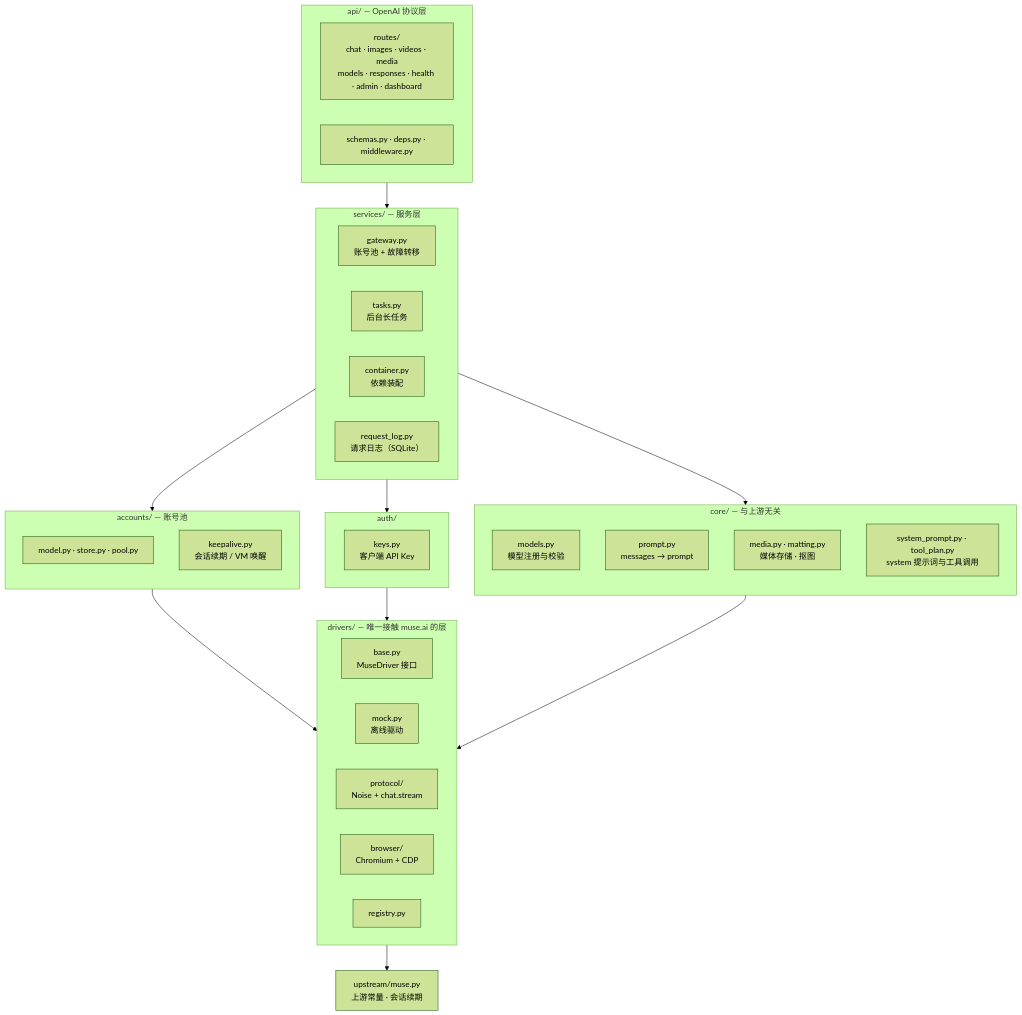
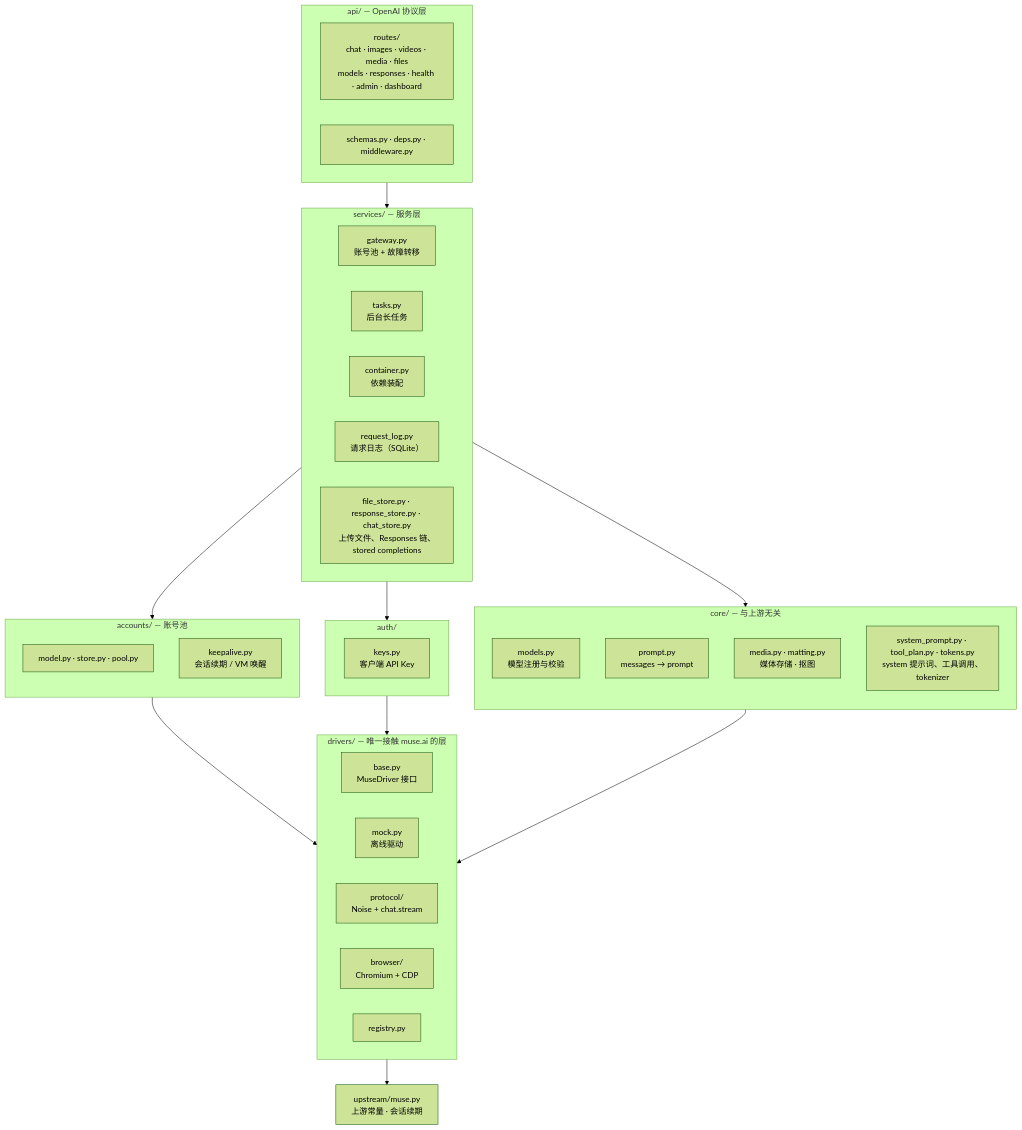
The diagram in docs/ARCHITECTURE.md (yonglanws/muse2api), drawn with Mermaid (forest theme) before and after one commit. The commit also changed 40 other files, not shown here.

First line of the commit message:
feat: 0.12.0 — stored completions, Sora videos, tokenizer usage

````diff
--- a/docs/ARCHITECTURE.md
+++ b/docs/ARCHITECTURE.md
@@ -5,50 +5,51 @@
 ```mermaid
 flowchart TB
     subgraph api["api/ — OpenAI 协议层"]
         direction LR
-        api_routes["routes/<br/>chat · images · videos · media<br/>models · responses · health · admin · dashboard"]
+        api_routes["routes/<br/>chat · images · videos · media · files<br/>models · responses · health · admin · dashboard"]
         api_support["schemas.py · deps.py · middleware.py"]
     end
 
     subgraph services["services/ — 服务层"]
         direction LR
         svc_gateway["gateway.py<br/>账号池 + 故障转移"]
         svc_tasks["tasks.py<br/>后台长任务"]
         svc_container["container.py<br/>依赖装配"]
         svc_reqlog["request_log.py<br/>请求日志（SQLite）"]
+        svc_files["file_store.py · response_store.py · chat_store.py<br/>上传文件、Responses 链、stored completions"]
     end
 
     subgraph accounts["accounts/ — 账号池"]
         direction TB
         acc_pool["model.py · store.py · pool.py"]
         acc_keepalive["keepalive.py<br/>会话续期 / VM 唤醒"]
     end
 
     subgraph auth["auth/"]
         auth_keys["keys.py<br/>客户端 API Key"]
     end
 
     subgraph core["core/ — 与上游无关"]
         direction TB
         core_models["models.py<br/>模型注册与校验"]
         core_prompt["prompt.py<br/>messages → prompt"]
         core_media["media.py · matting.py<br/>媒体存储 · 抠图"]
-        core_compat["system_prompt.py · tool_plan.py<br/>system 提示词与工具调用"]
+        core_compat["system_prompt.py · tool_plan.py · tokens.py<br/>system 提示词、工具调用、tokenizer"]
     end
 
     subgraph drivers["drivers/ — 唯一接触 muse.ai 的层"]
         direction LR
         drv_base["base.py<br/>MuseDriver 接口"]
         drv_mock["mock.py<br/>离线驱动"]
         drv_protocol["protocol/<br/>Noise + chat.stream"]
         drv_browser["browser/<br/>Chromium + CDP"]
         drv_registry["registry.py"]
     end
 
     upstream["upstream/muse.py<br/>上游常量 · 会话续期"]
 
     api --> services
     services --> accounts & auth & core
     accounts & auth & core --> drivers
     drivers --> upstream
 ```
````
